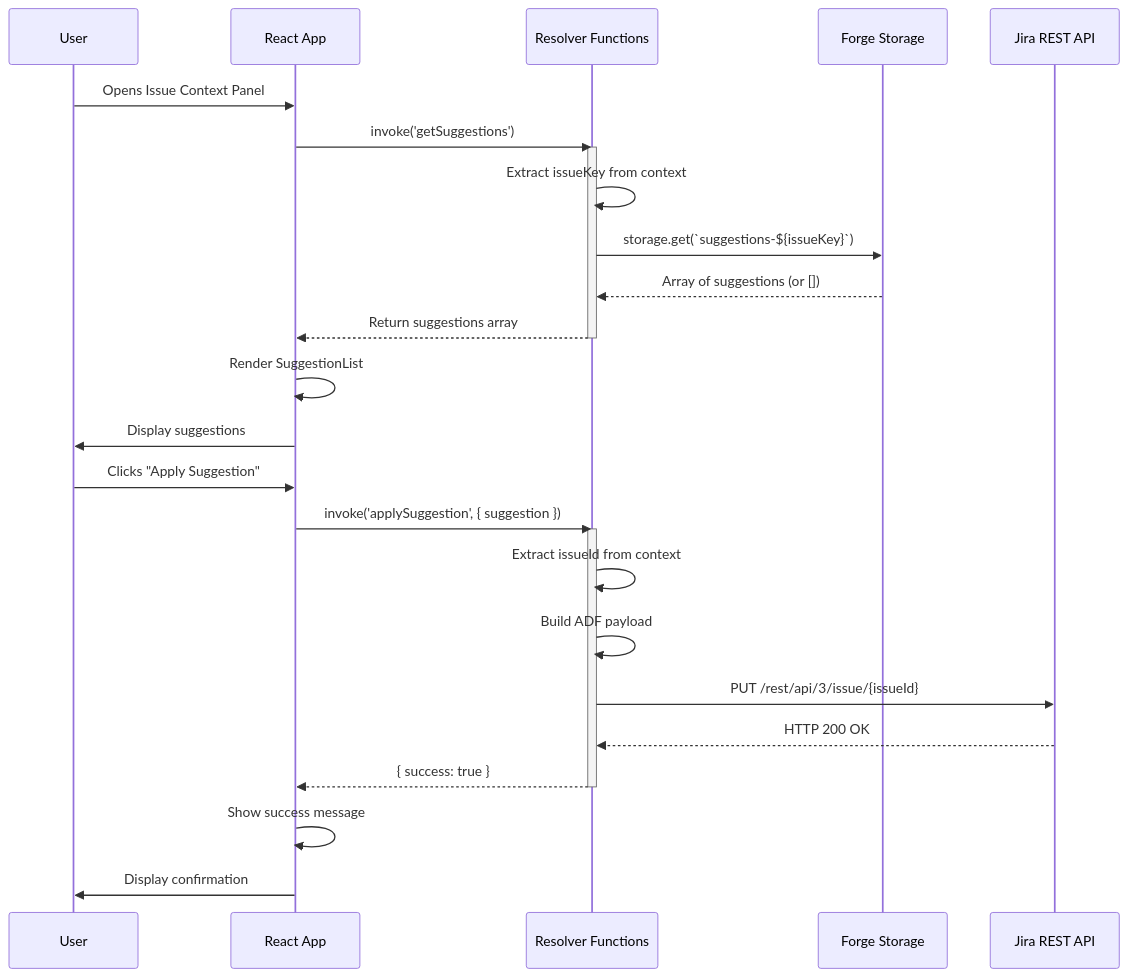
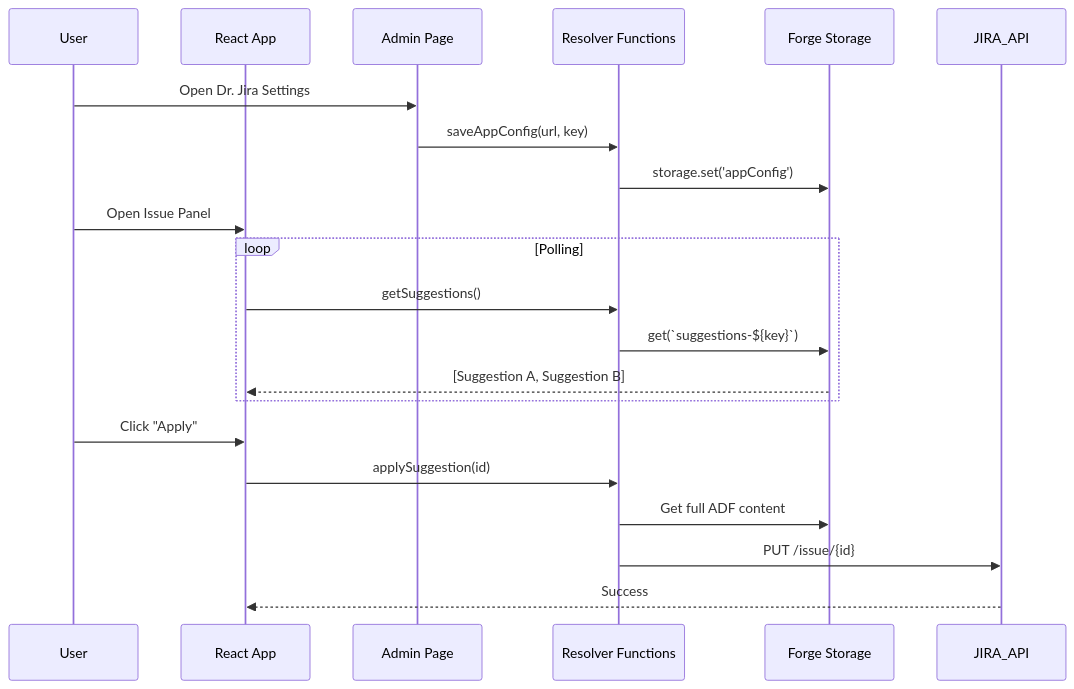
The fourth of 4 diagrams in FLOW_DIAGRAM.md (jabrealmoe/ai-suggest), drawn with Mermaid before and after one commit. The commit also changed other lines of this file and 1 other file, not shown here.

````diff
--- a/FLOW_DIAGRAM.md
+++ b/FLOW_DIAGRAM.md
@@ -63,31 +91,27 @@
 ```mermaid
 sequenceDiagram
     participant USER as User
     participant UI as React App
+    participant ADMIN as Admin Page
     participant RESOLVER as Resolver Functions
     participant STORAGE as Forge Storage
-    participant JIRA as Jira REST API
     
-    USER->>UI: Opens Issue Context Panel
-    UI->>RESOLVER: invoke('getSuggestions')
-    activate RESOLVER
-    RESOLVER->>RESOLVER: Extract issueKey from context
-    RESOLVER->>STORAGE: storage.get(`suggestions-${issueKey}`)
-    STORAGE-->>RESOLVER: Array of suggestions (or [])
-    RESOLVER-->>UI: Return suggestions array
-    deactivate RESOLVER
-    UI->>UI: Render SuggestionList
-    UI->>USER: Display suggestions
+    %% Admin Flow
+    USER->>ADMIN: Open Dr. Jira Settings
+    ADMIN->>RESOLVER: saveAppConfig(url, key)
+    RESOLVER->>STORAGE: storage.set('appConfig')
     
-    USER->>UI: Clicks "Apply Suggestion"
-    UI->>RESOLVER: invoke('applySuggestion', { suggestion })
-    activate RESOLVER
-    RESOLVER->>RESOLVER: Extract issueId from context
-    RESOLVER->>RESOLVER: Build ADF payload
-    RESOLVER->>JIRA: PUT /rest/api/3/issue/{issueId}
-    JIRA-->>RESOLVER: HTTP 200 OK
-    RESOLVER-->>UI: { success: true }
-    deactivate RESOLVER
-    UI->>UI: Show success message
-    UI->>USER: Display confirmation
+    %% User Flow
+    USER->>UI: Open Issue Panel
+    loop Polling
+        UI->>RESOLVER: getSuggestions()
+        RESOLVER->>STORAGE: get(`suggestions-${key}`)
+        STORAGE-->>UI: [Suggestion A, Suggestion B]
+    end
+    
+    USER->>UI: Click "Apply"
+    UI->>RESOLVER: applySuggestion(id)
+    RESOLVER->>STORAGE: Get full ADF content
+    RESOLVER->>JIRA_API: PUT /issue/{id}
+    JIRA_API-->>UI: Success
 ```
````
